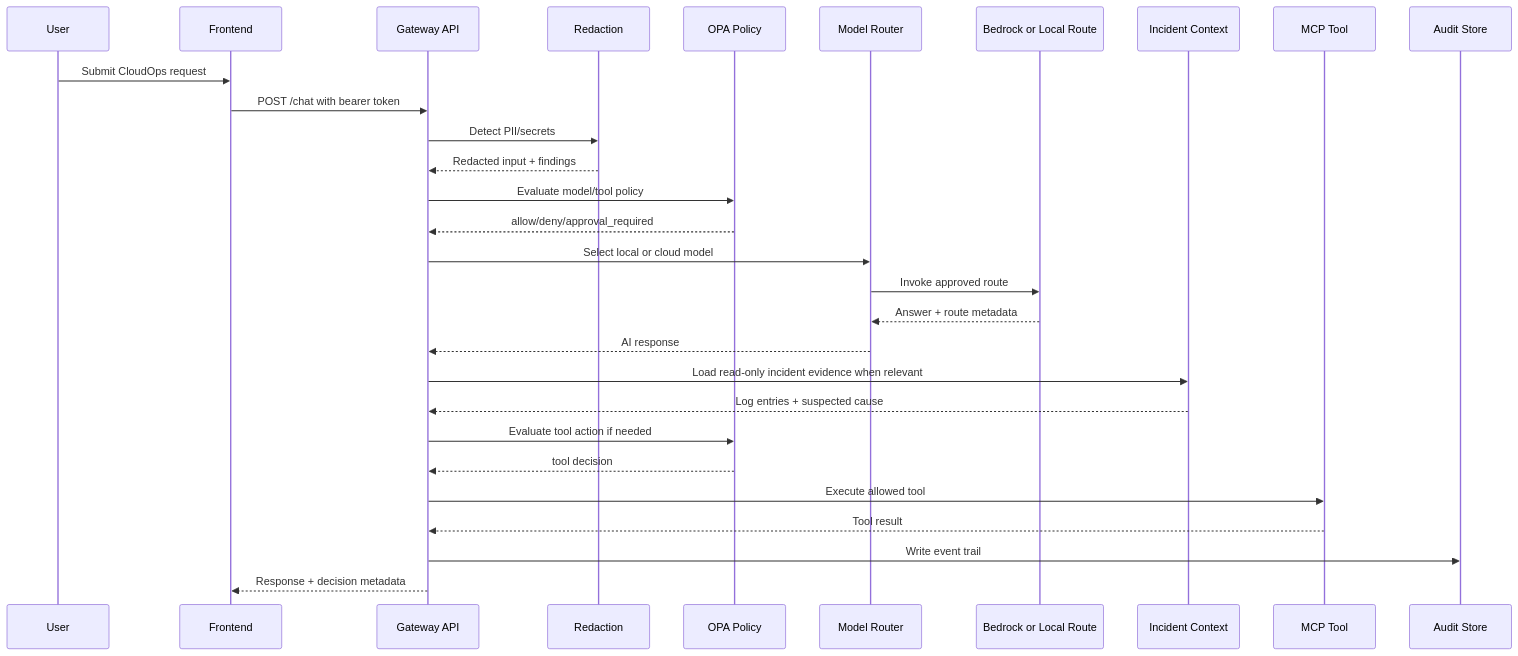
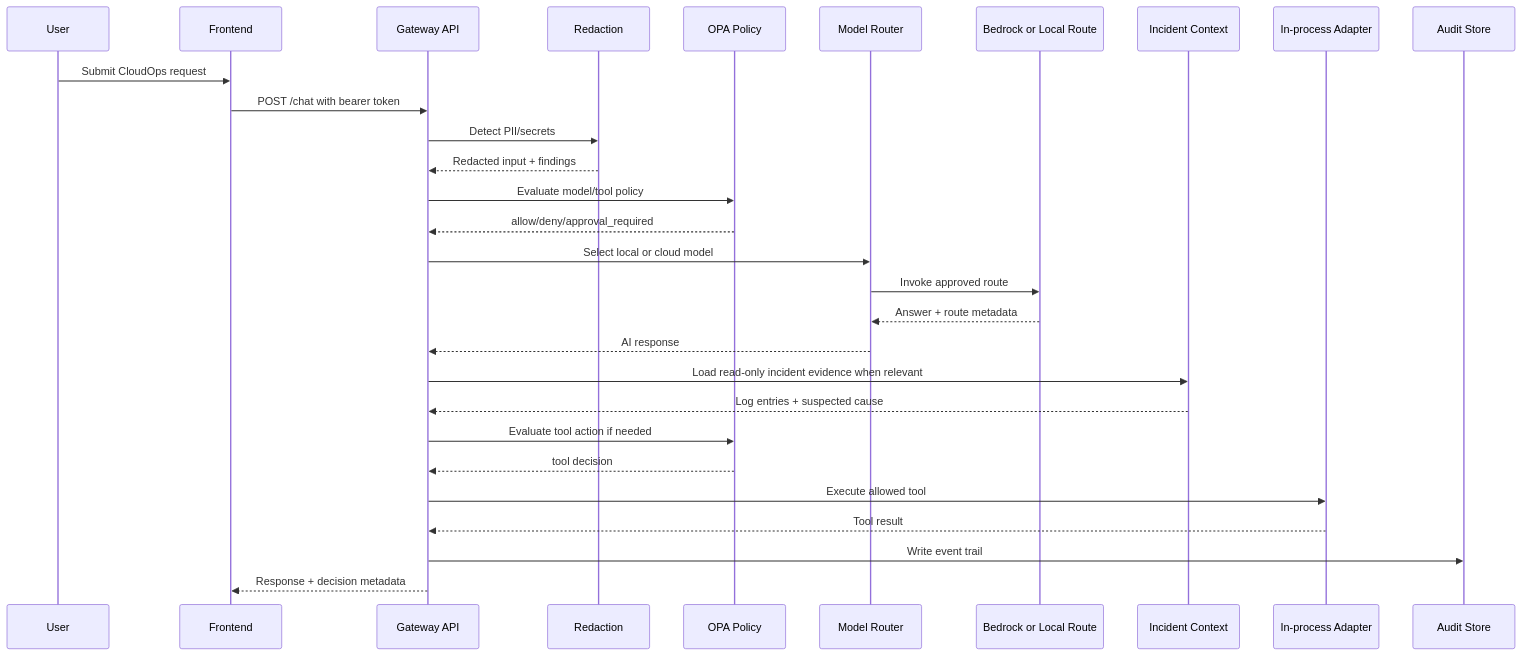
Before and after one commit to manynames3/aegisdesk-cloudops-control-plane: the diagram in docs/architecture/system-architecture.md, drawn with Mermaid. The commit also changed other lines of this file and 12 other files, not shown here.

Commit message:
Improve engineering review documentation and C4 architecture

````diff
--- a/docs/architecture/system-architecture.md
+++ b/docs/architecture/system-architecture.md
@@ -166,32 +166,32 @@
 ```mermaid
 sequenceDiagram
     participant U as User
     participant UI as Frontend
     participant API as Gateway API
     participant R as Redaction
     participant OPA as OPA Policy
     participant MR as Model Router
     participant M as Bedrock or Local Route
     participant Logs as Incident Context
-    participant Tool as MCP Tool
+    participant Tool as In-process Adapter
     participant Audit as Audit Store
 
     U->>UI: Submit CloudOps request
     UI->>API: POST /chat with bearer token
     API->>R: Detect PII/secrets
     R-->>API: Redacted input + findings
     API->>OPA: Evaluate model/tool policy
     OPA-->>API: allow/deny/approval_required
     API->>MR: Select local or cloud model
     MR->>M: Invoke approved route
     M-->>MR: Answer + route metadata
     MR-->>API: AI response
     API->>Logs: Load read-only incident evidence when relevant
     Logs-->>API: Log entries + suspected cause
     API->>OPA: Evaluate tool action if needed
     OPA-->>API: tool decision
     API->>Tool: Execute allowed tool
     Tool-->>API: Tool result
     API->>Audit: Write event trail
     API-->>UI: Response + decision metadata
 ```
````
